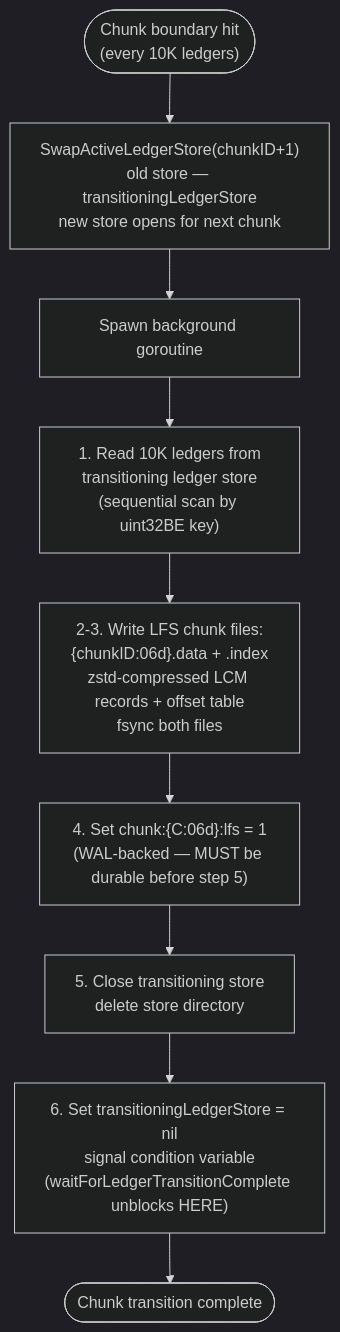
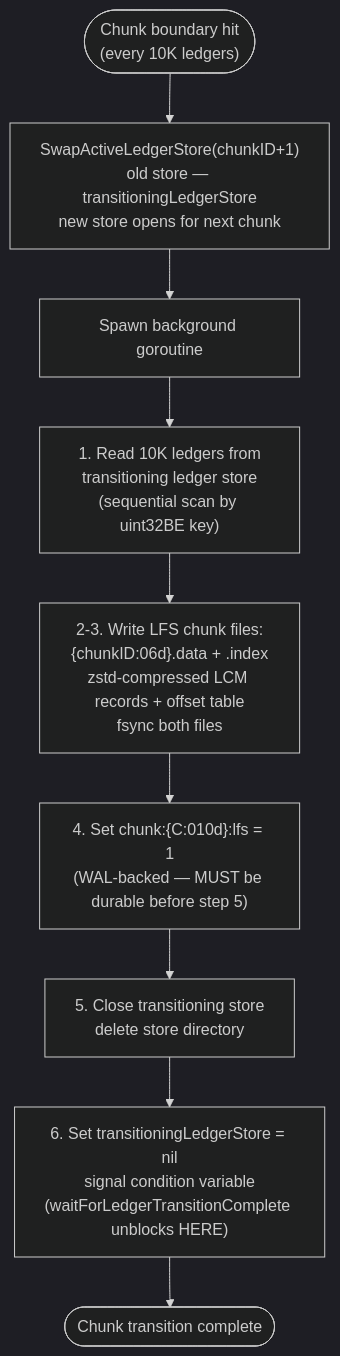
The third of 5 diagrams in full-history/design-docs/04-streaming-and-transition.md (stellar/stellar-rpc), drawn with Mermaid (dark theme) before and after one commit. The commit also changed other lines of this file and 34 other files, not shown here.

````diff
--- a/full-history/design-docs/04-streaming-and-transition.md
+++ b/full-history/design-docs/04-streaming-and-transition.md
@@ -195,11 +195,11 @@
 ```mermaid
 flowchart TD
     CHUNK_HIT(["Chunk boundary hit<br/>(every 10K ledgers)"]) --> SWAP["SwapActiveLedgerStore(chunkID+1)<br/>old store — transitioningLedgerStore<br/>new store opens for next chunk"]
     SWAP --> BG_START["Spawn background goroutine"]
     BG_START --> READ["1. Read 10K ledgers from<br/>transitioning ledger store<br/>(sequential scan by uint32BE key)"]
     READ --> WRITE_LFS["2-3. Write LFS chunk files:<br/>{chunkID:06d}.data + .index<br/>zstd-compressed LCM records + offset table<br/>fsync both files"]
-    WRITE_LFS --> SET_FLAG["4. Set chunk:{C:06d}:lfs = 1<br/>(WAL-backed — MUST be durable before step 5)"]
+    WRITE_LFS --> SET_FLAG["4. Set chunk:{C:010d}:lfs = 1<br/>(WAL-backed — MUST be durable before step 5)"]
     SET_FLAG --> CLOSE_STORE["5. Close transitioning store<br/>delete store directory"]
     CLOSE_STORE --> NIL_SIGNAL["6. Set transitioningLedgerStore = nil<br/>signal condition variable<br/>(waitForLedgerTransitionComplete unblocks HERE)"]
     NIL_SIGNAL --> DONE(["Chunk transition complete"])
 ```
````
